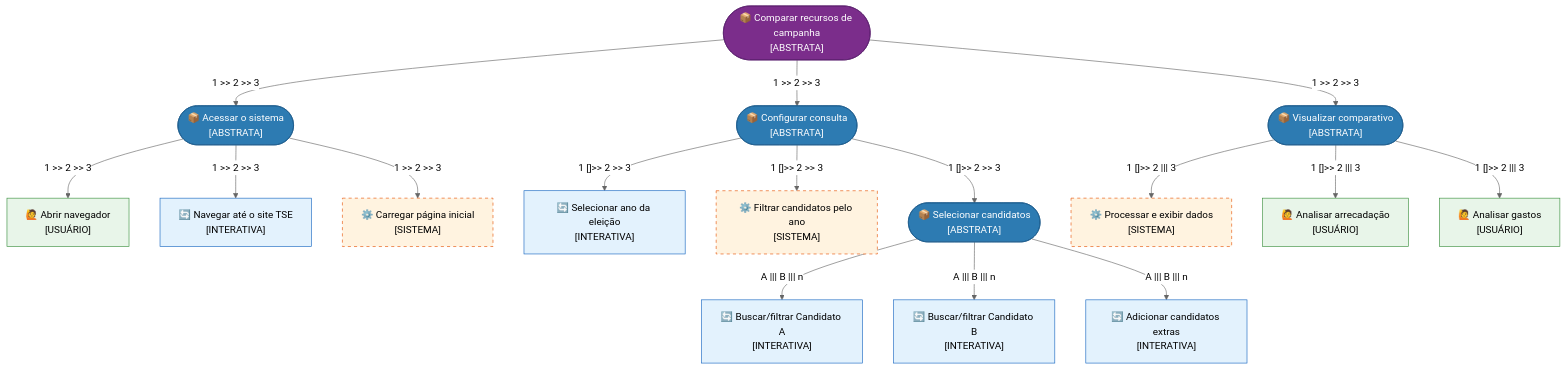
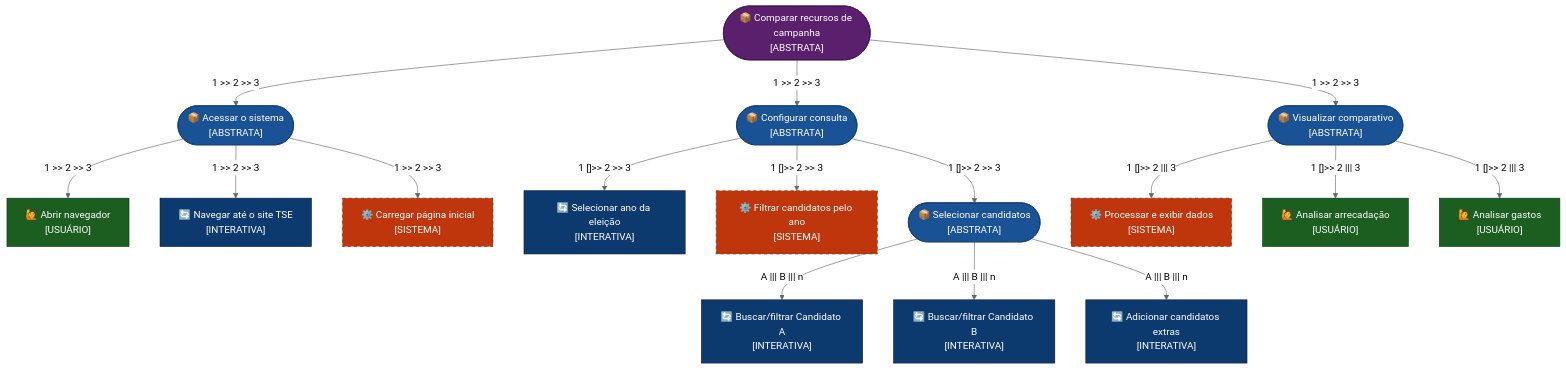
The second of 2 diagrams in docs/Analise de Requisitos/Analise de Tarefas/ComparativoCandidatos.md (Interacao-Humano-Computador/2026.1-Grupo02), drawn with Mermaid (neutral theme) before and after one commit. The commit also changed other lines of this file, not shown here.

Commit message:
fix: Arrumando cores dos diagramas para melhorar contraste entre a cor da fonte e do nodo

````diff
--- a/docs/Analise de Requisitos/Analise de Tarefas/ComparativoCandidatos.md
+++ b/docs/Analise de Requisitos/Analise de Tarefas/ComparativoCandidatos.md
@@ -143,64 +137,50 @@
 ```mermaid
 graph TD
     Root(["📦 Comparar recursos de campanha\n[ABSTRATA]"])
-
     A(["📦 Acessar o sistema\n[ABSTRATA]"])
     B(["📦 Configurar consulta\n[ABSTRATA]"])
     C(["📦 Visualizar comparativo\n[ABSTRATA]"])
-
     A1["🙋 Abrir navegador\n[USUÁRIO]"]
     A2["🔄 Navegar até o site TSE\n[INTERATIVA]"]
     A3["⚙️ Carregar página inicial\n[SISTEMA]"]
-
     B1["🔄 Selecionar ano da eleição\n[INTERATIVA]"]
     B2["⚙️ Filtrar candidatos pelo ano\n[SISTEMA]"]
     B3(["📦 Selecionar candidatos\n[ABSTRATA]"])
-
     B3a["🔄 Buscar/filtrar Candidato A\n[INTERATIVA]"]
     B3b["🔄 Buscar/filtrar Candidato B\n[INTERATIVA]"]
     B3c["🔄 Adicionar candidatos extras\n[INTERATIVA]"]
-
     C1["⚙️ Processar e exibir dados\n[SISTEMA]"]
     C2["🙋 Analisar arrecadação\n[USUÁRIO]"]
     C3["🙋 Analisar gastos\n[USUÁRIO]"]
-
     Root -- "1 >> 2 >> 3" --> A
     Root -- "1 >> 2 >> 3" --> B
     Root -- "1 >> 2 >> 3" --> C
-
     A -- "1 >> 2 >> 3" --> A1
     A -- "1 >> 2 >> 3" --> A2
     A -- "1 >> 2 >> 3" --> A3
-
     B -- "1 []>> 2 >> 3" --> B1
     B -- "1 []>> 2 >> 3" --> B2
     B -- "1 []>> 2 >> 3" --> B3
-
     B3 -- "A ||| B ||| n" --> B3a
     B3 -- "A ||| B ||| n" --> B3b
     B3 -- "A ||| B ||| n" --> B3c
-
     C -- "1 []>> 2 ||| 3" --> C1
     C -- "1 []>> 2 ||| 3" --> C2
     C -- "1 []>> 2 ||| 3" --> C3
-
-    style Root fill:#7B2D8B,color:#fff,stroke:#5a1f6d
-    style A fill:#2D7BB2,color:#fff,stroke:#1a5a8a
-    style B fill:#2D7BB2,color:#fff,stroke:#1a5a8a
-    style C fill:#2D7BB2,color:#fff,stroke:#1a5a8a
-    style B3 fill:#2D7BB2,color:#fff,stroke:#1a5a8a
-
-    style A1 fill:#E8F5E9,stroke:#388e3c
-    style A2 fill:#E3F2FD,stroke:#1565c0
-    style A3 fill:#FFF3E0,stroke:#e65100,stroke-dasharray: 5 5
-
-    style B1 fill:#E3F2FD,stroke:#1565c0
-    style B2 fill:#FFF3E0,stroke:#e65100,stroke-dasharray: 5 5
-    style B3a fill:#E3F2FD,stroke:#1565c0
-    style B3b fill:#E3F2FD,stroke:#1565c0
-    style B3c fill:#E3F2FD,stroke:#1565c0
-
-    style C1 fill:#FFF3E0,stroke:#e65100,stroke-dasharray: 5 5
-    style C2 fill:#E8F5E9,stroke:#388e3c
-    style C3 fill:#E8F5E9,stroke:#388e3c
+    style Root fill:#5a1f6d,color:#ffffff,stroke:#3d1249
+    style A fill:#1a5296,color:#ffffff,stroke:#0d3a6e
+    style B fill:#1a5296,color:#ffffff,stroke:#0d3a6e
+    style C fill:#1a5296,color:#ffffff,stroke:#0d3a6e
+    style B3 fill:#1a5296,color:#ffffff,stroke:#0d3a6e
+    style A1 fill:#1b5e20,color:#ffffff,stroke:#0a3d12
+    style A2 fill:#0d3a6e,color:#ffffff,stroke:#061f40
+    style A3 fill:#bf360c,color:#ffffff,stroke:#7f2107,stroke-dasharray: 5 5
+    style B1 fill:#0d3a6e,color:#ffffff,stroke:#061f40
+    style B2 fill:#bf360c,color:#ffffff,stroke:#7f2107,stroke-dasharray: 5 5
+    style B3a fill:#0d3a6e,color:#ffffff,stroke:#061f40
+    style B3b fill:#0d3a6e,color:#ffffff,stroke:#061f40
+    style B3c fill:#0d3a6e,color:#ffffff,stroke:#061f40
+    style C1 fill:#bf360c,color:#ffffff,stroke:#7f2107,stroke-dasharray: 5 5
+    style C2 fill:#1b5e20,color:#ffffff,stroke:#0a3d12
+    style C3 fill:#1b5e20,color:#ffffff,stroke:#0a3d12
 ```
````
